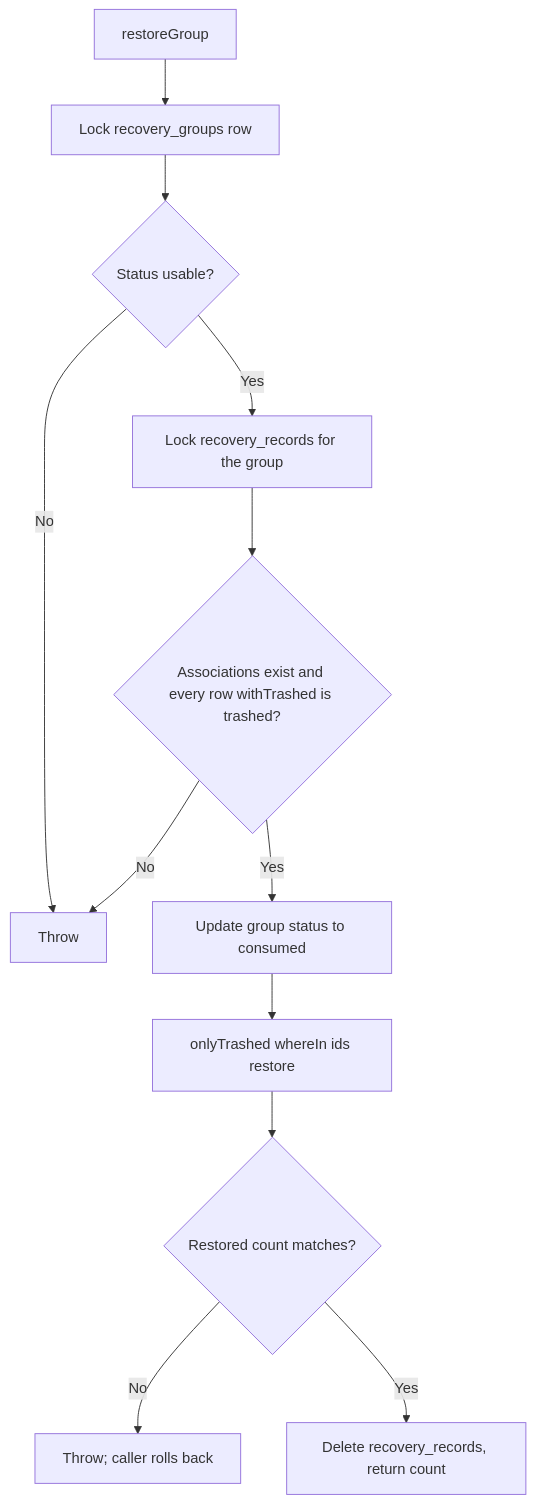
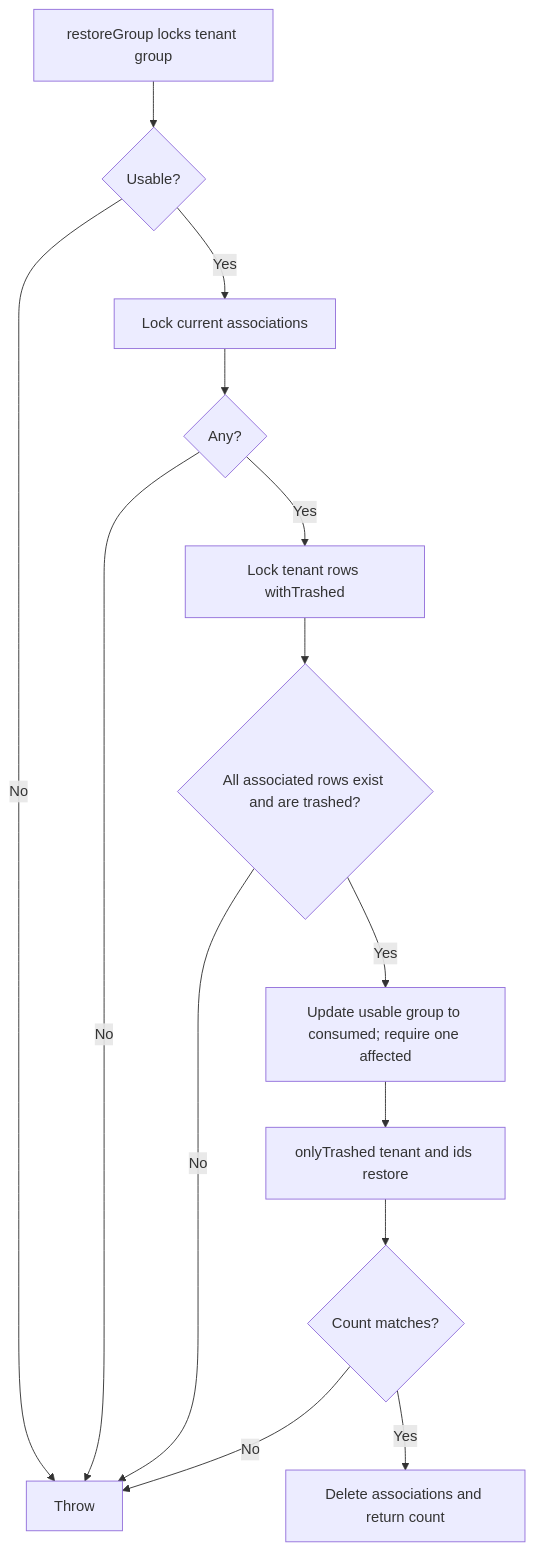
One commit to Kevinjohn/oss-adonisjs-lucid-soft-delete changed the second of 2 diagrams in user-stories/example-apps/us-demo-06-restore-recovery-group.md. Above: the diagram before and after it, drawn with Mermaid. The commit also changed other lines of this file and 26 other files, not shown here.

````diff
--- a/user-stories/example-apps/us-demo-06-restore-recovery-group.md
+++ b/user-stories/example-apps/us-demo-06-restore-recovery-group.md
@@ -33,14 +34,12 @@
 ```mermaid
 flowchart TD
-    A["restoreGroup"] --> B["Lock recovery_groups row"]
-    B --> C{"Status usable?"}
-    C -->|No| D["Throw"]
-    C -->|Yes| E["Lock recovery_records for the group"]
-    E --> F{"Associations exist and every row withTrashed is trashed?"}
-    F -->|No| D
-    F -->|Yes| G["Update group status to consumed"]
-    G --> H["onlyTrashed whereIn ids restore"]
-    H --> I{"Restored count matches?"}
-    I -->|No| J["Throw; caller rolls back"]
-    I -->|Yes| K["Delete recovery_records, return count"]
+    A["restoreGroup locks tenant group"] --> B{"Usable?"}
+    B -->|No| C["Throw"]
+    B -->|Yes| D["Lock current associations"] --> E{"Any?"}
+    E -->|No| C
+    E -->|Yes| F["Lock tenant rows withTrashed"] --> G{"All associated rows exist and are trashed?"}
+    G -->|No| C
+    G -->|Yes| H["Update usable group to consumed; require one affected"] --> I["onlyTrashed tenant and ids restore"] --> J{"Count matches?"}
+    J -->|No| C
+    J -->|Yes| K["Delete associations and return count"]
 ```
````
